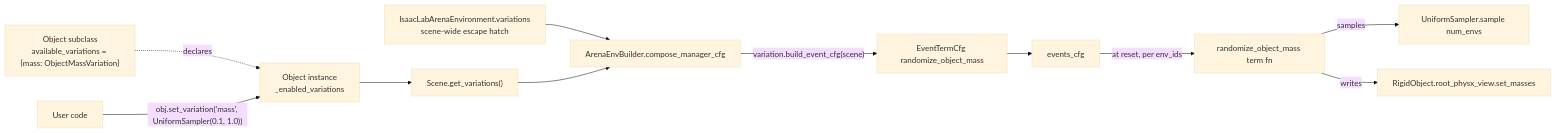
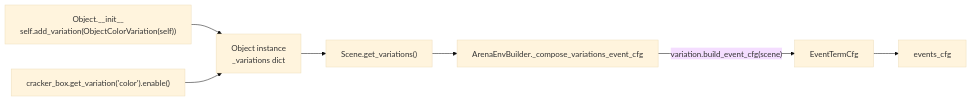
The diagram in 2026_04_21_variation_system_plan.md (isaac-sim/IsaacLab-Arena), drawn with Mermaid (base theme) before and after one commit. The commit also changed other lines of this file and 1 other file, not shown here.

````diff
--- a/2026_04_21_variation_system_plan.md
+++ b/2026_04_21_variation_system_plan.md
@@ -13,13 +13,9 @@
 ```mermaid
 flowchart LR
-    Cls["Object subclass\navailable_variations = {mass: ObjectMassVariation}"] -.declares.-> Inst
-    User[User code] -->|"obj.set_variation('mass', UniformSampler(0.1, 1.0))"| Inst[Object instance\n_enabled_variations]
+    Ctor["Object.__init__\nself.add_variation(ObjectColorVariation(self))"] --> Inst[Object instance\n_variations dict]
+    User["cracker_box.get_variation('color').enable()"] --> Inst
     Inst --> Scene["Scene.get_variations()"]
-    EnvExtras[IsaacLabArenaEnvironment.variations\nscene-wide escape hatch] --> Builder
-    Scene --> Builder[ArenaEnvBuilder.compose_manager_cfg]
-    Builder -->|"variation.build_event_cfg(scene)"| ETC[EventTermCfg randomize_object_mass]
+    Scene --> Builder["ArenaEnvBuilder._compose_variations_event_cfg"]
+    Builder -->|"variation.build_event_cfg(scene)"| ETC[EventTermCfg]
     ETC --> Events[events_cfg]
-    Events -->|at reset, per env_ids| Fn[randomize_object_mass term fn]
-    Fn -->|samples| S[UniformSampler.sample num_envs]
-    Fn -->|writes| Sim[RigidObject.root_physx_view.set_masses]
 ```
````
